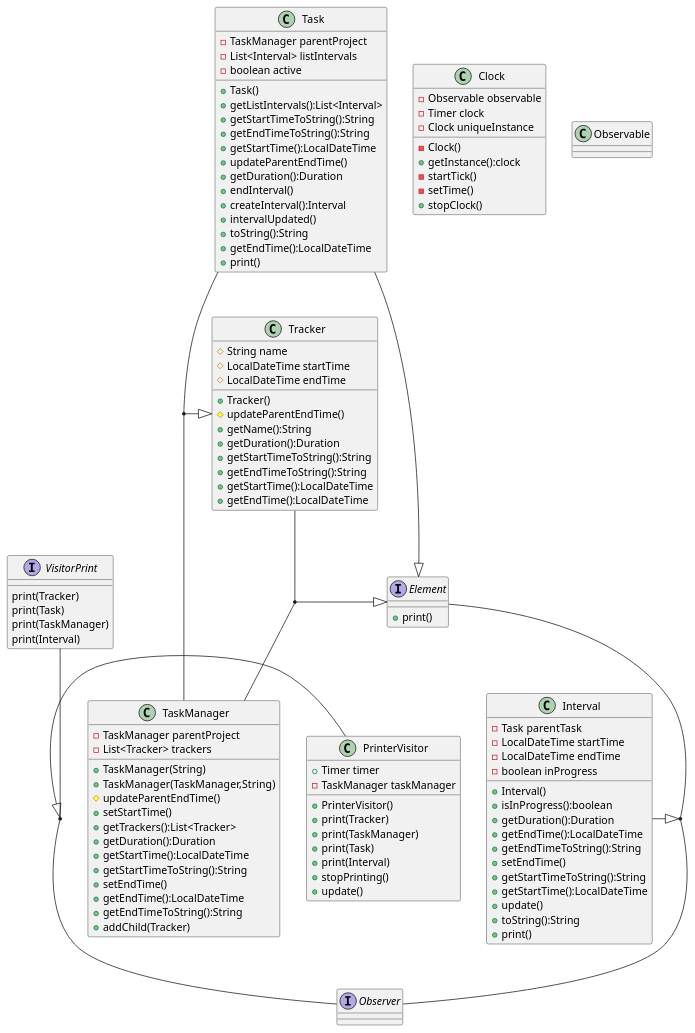
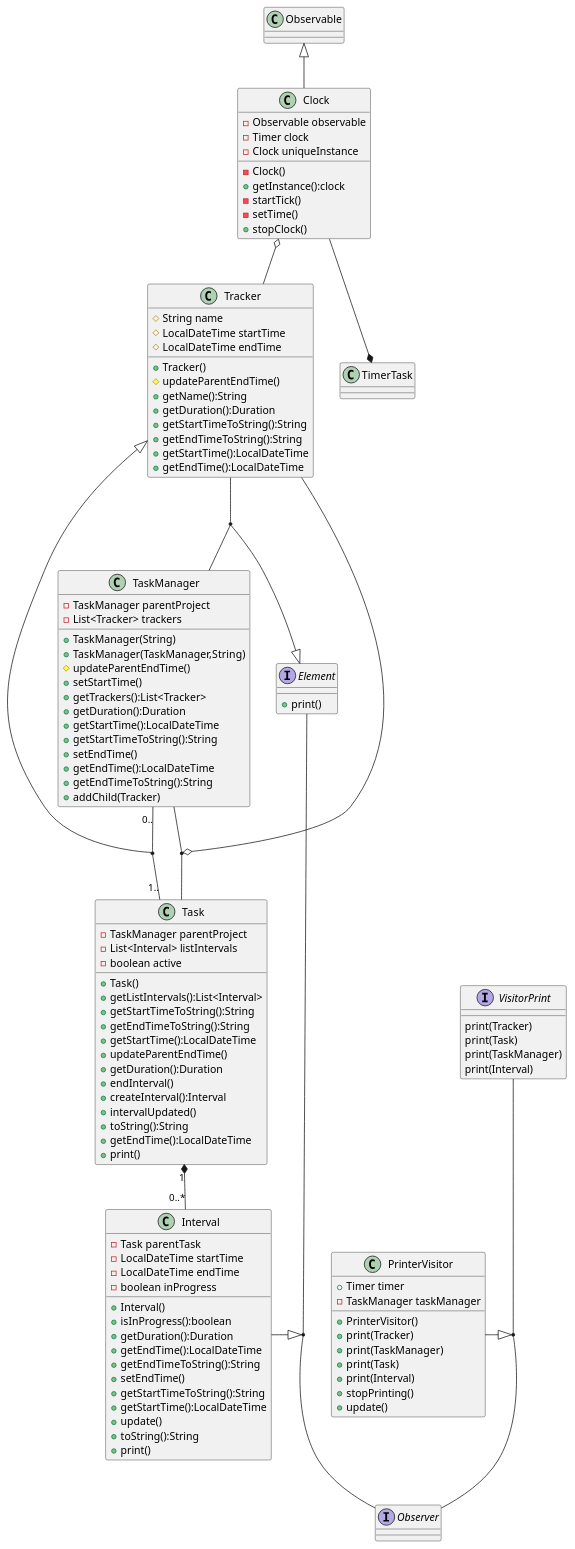
The diagram in src/UMLPrinter.puml (BernatMallol/PrinterTimeTracker), drawn with PlantUML before and after one commit.

Commit message:
UML Printer v2

```diff
--- a/src/UMLPrinter.puml
+++ b/src/UMLPrinter.puml
@@ -1,115 +1,119 @@
 @startuml
 class Clock{
 -Observable observable
 -Timer clock
 -Clock uniqueInstance
 -Clock()
 +getInstance():clock
 -startTick()
 -setTime()
 +stopClock()
 }
 
 interface Element{
 +print()
 }
 
 interface VisitorPrint{
 print(Tracker)
 print(Task)
 print(TaskManager)
 print(Interval)
 }
 
 class Interval{
 -Task parentTask
 -LocalDateTime startTime
 -LocalDateTime endTime
 -boolean inProgress
 +Interval()
 +isInProgress():boolean
 +getDuration():Duration
 +getEndTime():LocalDateTime
 +getEndTimeToString():String
 +setEndTime()
 +getStartTimeToString():String
 +getStartTime():LocalDateTime
 +update()
 +toString():String
 +print()
 }
 
 class PrinterVisitor{
 +Timer timer
 -TaskManager taskManager
 +PrinterVisitor()
 +print(Tracker)
 +print(TaskManager)
 +print(Task)
 +print(Interval)
 +stopPrinting()
 +update()
 }
 
 class Task{
 -TaskManager parentProject
 -List<Interval> listIntervals
 -boolean active
 +Task()
 +getListIntervals():List<Interval>
 +getStartTimeToString():String
 +getEndTimeToString():String
 +getStartTime():LocalDateTime
 +updateParentEndTime()
 +getDuration():Duration
 +endInterval()
 +createInterval():Interval
 +intervalUpdated()
 +toString():String
 +getEndTime():LocalDateTime
 +print()
 }
 
 class TaskManager{
 -TaskManager parentProject
 -List<Tracker> trackers
 +TaskManager(String)
 +TaskManager(TaskManager,String)
 #updateParentEndTime()
 +setStartTime()
 +getTrackers():List<Tracker>
 +getDuration():Duration
 +getStartTime():LocalDateTime
 +getStartTimeToString():String
 +setEndTime()
 +getEndTime():LocalDateTime
 +getEndTimeToString():String
 +addChild(Tracker)
 }
 
 class Tracker{
 #String name
 #LocalDateTime startTime
 #LocalDateTime endTime
 +Tracker()
 #updateParentEndTime()
 +getName():String
 +getDuration():Duration
 +getStartTimeToString():String
 +getEndTimeToString():String
 +getStartTime():LocalDateTime
 +getEndTime():LocalDateTime
 }
 
 interface Observer
 
 class Observable
 
-Interval --|> (Element,Observer)
+TaskManager"0.." -- "1.." Task
+Tracker<|--(TaskManager, Task)
+Task"1"*--"0..*"Interval
+Interval--|>(Element,Observer)
+(Task,TaskManager) o--Tracker
+Observable <|-- Clock
+Clock --* TimerTask
+PrinterVisitor--|>(VisitorPrint,Observer)
 (Tracker,TaskManager) --|> Element
-Task --|> Element
-(Task,TaskManager)--|>Tracker
-PrinterVisitor--|>(VisitorPrint,Observer)
-
+Clock o--Tracker
 
 @enduml
```
